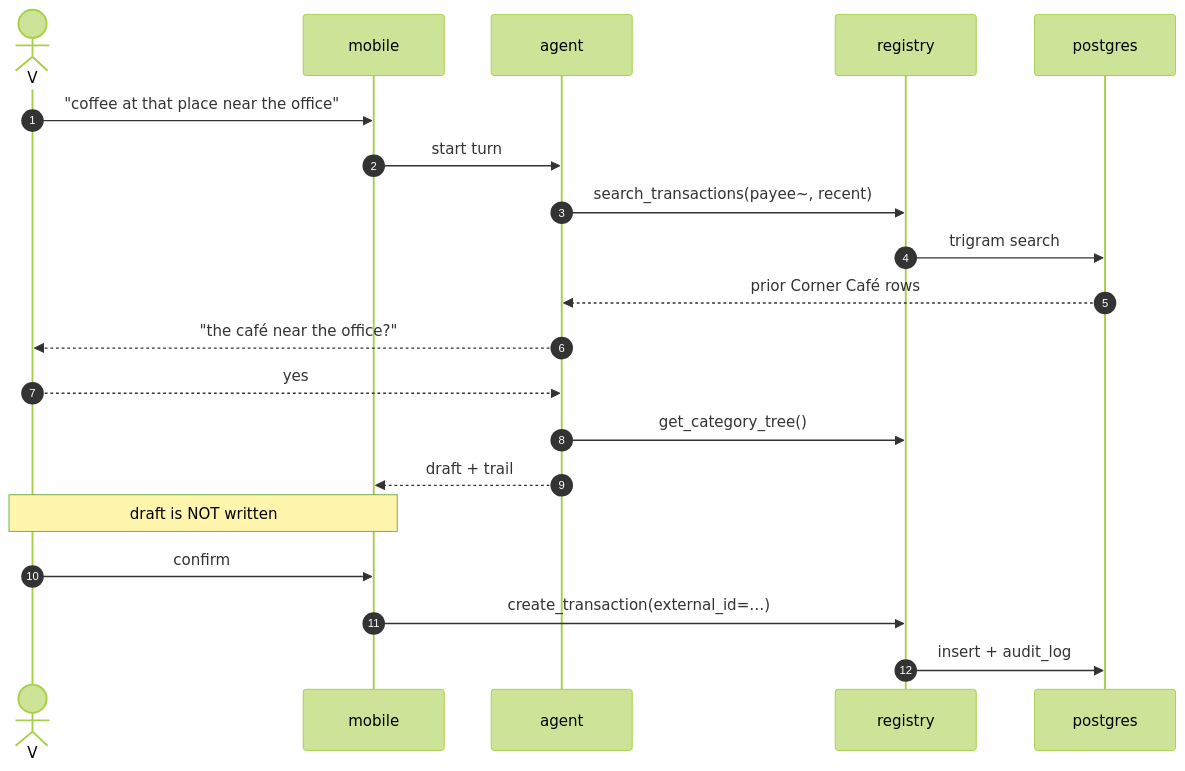
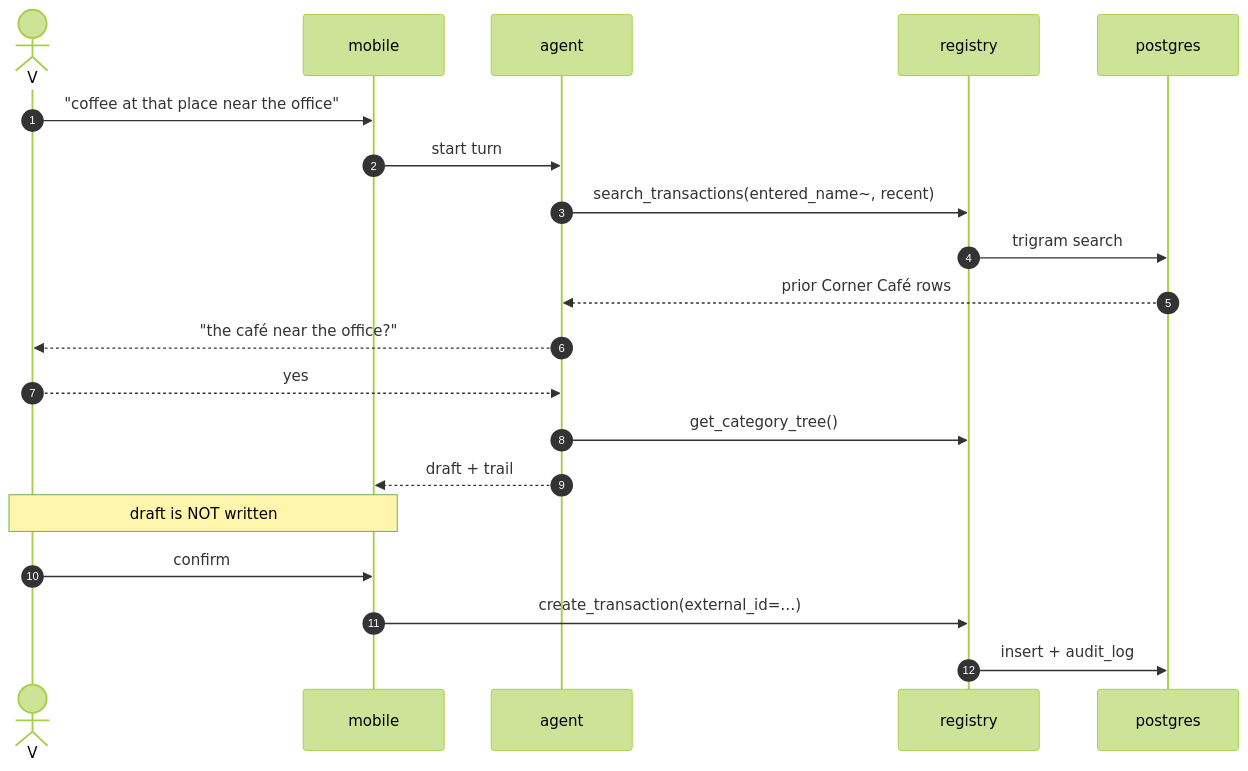
One commit to VoltLightning/waltning changed the first of 6 diagrams in docs/specification/architecture/04-sequences.md. Above: the diagram before and after it, drawn with Mermaid (forest theme). The commit also changed other lines of this file and 235 other files, not shown here.

````diff
--- a/docs/specification/architecture/04-sequences.md
+++ b/docs/specification/architecture/04-sequences.md
@@ -10,23 +10,23 @@
 ```mermaid
 sequenceDiagram
     autonumber
     actor V
     participant UI as mobile
     participant AG as agent
     participant REG as registry
     participant DB as postgres
 
     V->>UI: "coffee at that place near the office"
     UI->>AG: start turn
-    AG->>REG: search_transactions(payee~, recent)
+    AG->>REG: search_transactions(entered_name~, recent)
     REG->>DB: trigram search
     DB-->>AG: prior Corner Café rows
     AG-->>V: "the café near the office?"
     V-->>AG: yes
     AG->>REG: get_category_tree()
     AG-->>UI: draft + trail
     Note over UI,V: draft is NOT written
     V->>UI: confirm
     UI->>REG: create_transaction(external_id=…)
     REG->>DB: insert + audit_log
 ```
````
